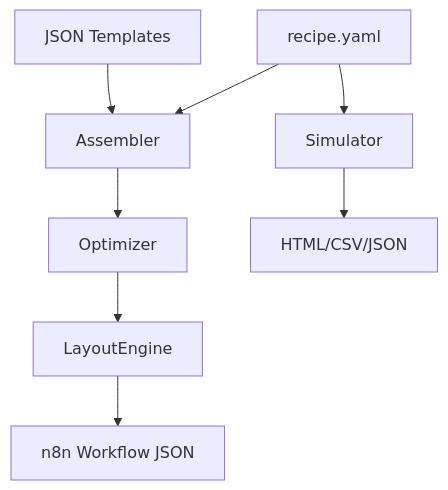
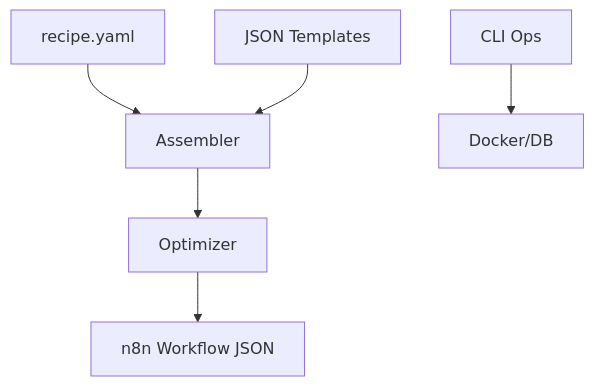
Before and after one commit to SourceCode/n8n-factory: the diagram in README.md, drawn with Mermaid. The commit also changed other lines of this file and 52 other files, not shown here.

````diff
--- a/README.md
+++ b/README.md
@@ -82,10 +48,8 @@
 ```mermaid
 graph TD;
     Recipe[recipe.yaml] --> Assembler;
     Templates[JSON Templates] --> Assembler;
     Assembler --> Optimizer;
-    Optimizer --> LayoutEngine;
-    LayoutEngine --> JSON[n8n Workflow JSON];
-    Recipe --> Simulator;
-    Simulator --> Report[HTML/CSV/JSON];
+    Optimizer --> JSON[n8n Workflow JSON];
+    Ops[CLI Ops] --> Docker[Docker/DB];
 ```
````
